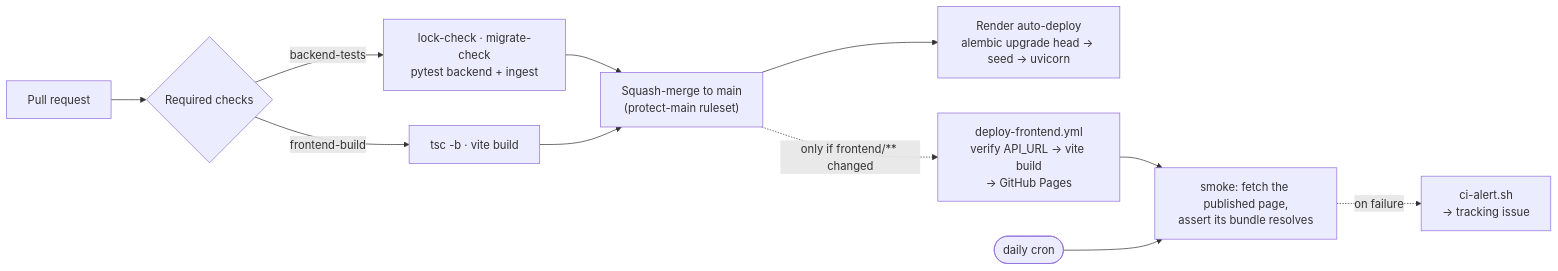
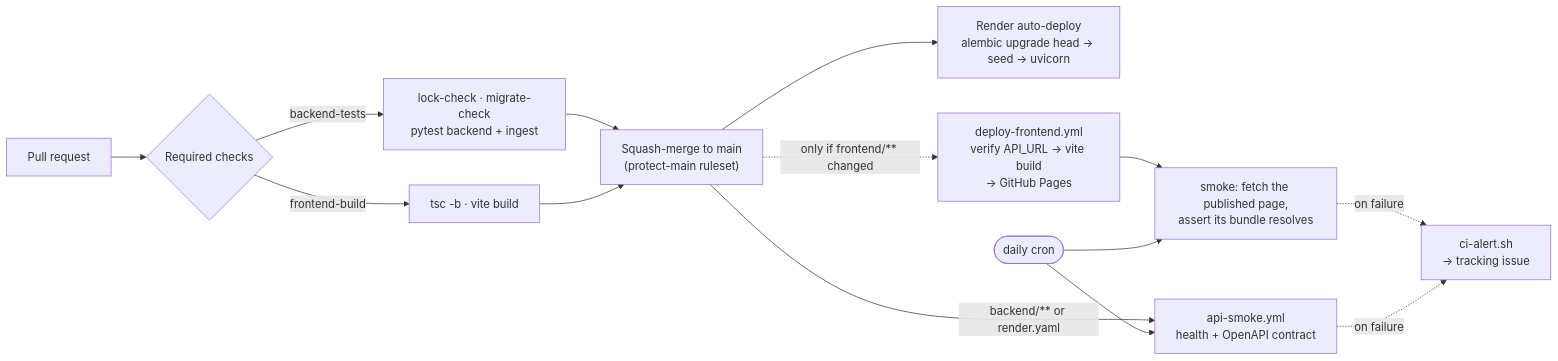
One commit to llevintza/energlens changed the fifth of 6 diagrams in docs/architecture.md. Above: the diagram before and after it, drawn with Mermaid. The commit also changed other lines of this file and 8 other files, not shown here.

First line of the commit message:
Pin Render auto-deploy and smoke the API OpenAPI contract (#66)

````diff
--- a/docs/architecture.md
+++ b/docs/architecture.md
@@ -179,12 +179,15 @@
 ```mermaid
 flowchart LR
     PR["Pull request"] --> CI{"Required checks"}
     CI -->|backend-tests| T1["lock-check · migrate-check<br/>pytest backend + ingest"]
     CI -->|frontend-build| T2["tsc -b · vite build"]
     T1 & T2 --> M["Squash-merge to main<br/>(protect-main ruleset)"]
     M --> D1["Render auto-deploy<br/>alembic upgrade head → seed → uvicorn"]
+    M -->|"backend/** or render.yaml"| AS["api-smoke.yml<br/>health + OpenAPI contract"]
     M -.->|"only if frontend/** changed"| D2["deploy-frontend.yml<br/>verify API_URL → vite build<br/>→ GitHub Pages"]
     D2 --> S["smoke: fetch the published page,<br/>assert its bundle resolves"]
     CRON(["daily cron"]) --> S
+    CRON --> AS
     S -.->|on failure| A["ci-alert.sh<br/>→ tracking issue"]
+    AS -.->|on failure| A
 ```
````
